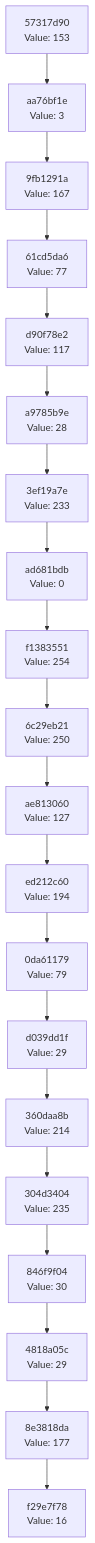
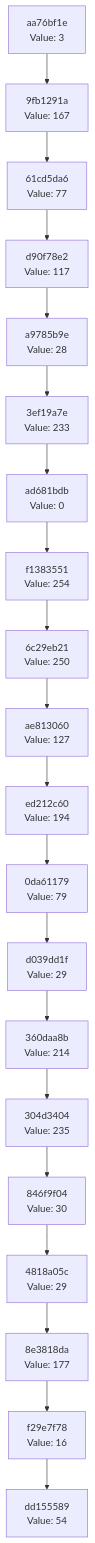
The diagram in docs/CHAIN_VISUALIZATION.md (Abhisheksinha1506/hash-chain-evolver), drawn with Mermaid before and after one commit. The commit also changed 2 other files, not shown here.

Commit message:
Evolution Step

````diff
--- a/docs/CHAIN_VISUALIZATION.md
+++ b/docs/CHAIN_VISUALIZATION.md
@@ -3,42 +3,42 @@
 ```mermaid
 graph TD
-    C0["f29e7f78<br/>Value: 16"]
-    C1["8e3818da<br/>Value: 177"]
+    C0["dd155589<br/>Value: 54"]
+    C1["f29e7f78<br/>Value: 16"]
     C1 --> C0
-    C2["4818a05c<br/>Value: 29"]
+    C2["8e3818da<br/>Value: 177"]
     C2 --> C1
-    C3["846f9f04<br/>Value: 30"]
+    C3["4818a05c<br/>Value: 29"]
     C3 --> C2
-    C4["304d3404<br/>Value: 235"]
+    C4["846f9f04<br/>Value: 30"]
     C4 --> C3
-    C5["360daa8b<br/>Value: 214"]
+    C5["304d3404<br/>Value: 235"]
     C5 --> C4
-    C6["d039dd1f<br/>Value: 29"]
+    C6["360daa8b<br/>Value: 214"]
     C6 --> C5
-    C7["0da61179<br/>Value: 79"]
+    C7["d039dd1f<br/>Value: 29"]
     C7 --> C6
-    C8["ed212c60<br/>Value: 194"]
+    C8["0da61179<br/>Value: 79"]
     C8 --> C7
-    C9["ae813060<br/>Value: 127"]
+    C9["ed212c60<br/>Value: 194"]
     C9 --> C8
-    C10["6c29eb21<br/>Value: 250"]
+    C10["ae813060<br/>Value: 127"]
     C10 --> C9
-    C11["f1383551<br/>Value: 254"]
+    C11["6c29eb21<br/>Value: 250"]
     C11 --> C10
-    C12["ad681bdb<br/>Value: 0"]
+    C12["f1383551<br/>Value: 254"]
     C12 --> C11
-    C13["3ef19a7e<br/>Value: 233"]
+    C13["ad681bdb<br/>Value: 0"]
     C13 --> C12
-    C14["a9785b9e<br/>Value: 28"]
+    C14["3ef19a7e<br/>Value: 233"]
     C14 --> C13
-    C15["d90f78e2<br/>Value: 117"]
+    C15["a9785b9e<br/>Value: 28"]
     C15 --> C14
-    C16["61cd5da6<br/>Value: 77"]
+    C16["d90f78e2<br/>Value: 117"]
     C16 --> C15
-    C17["9fb1291a<br/>Value: 167"]
+    C17["61cd5da6<br/>Value: 77"]
     C17 --> C16
-    C18["aa76bf1e<br/>Value: 3"]
+    C18["9fb1291a<br/>Value: 167"]
     C18 --> C17
-    C19["57317d90<br/>Value: 153"]
+    C19["aa76bf1e<br/>Value: 3"]
     C19 --> C18
 ```
````
